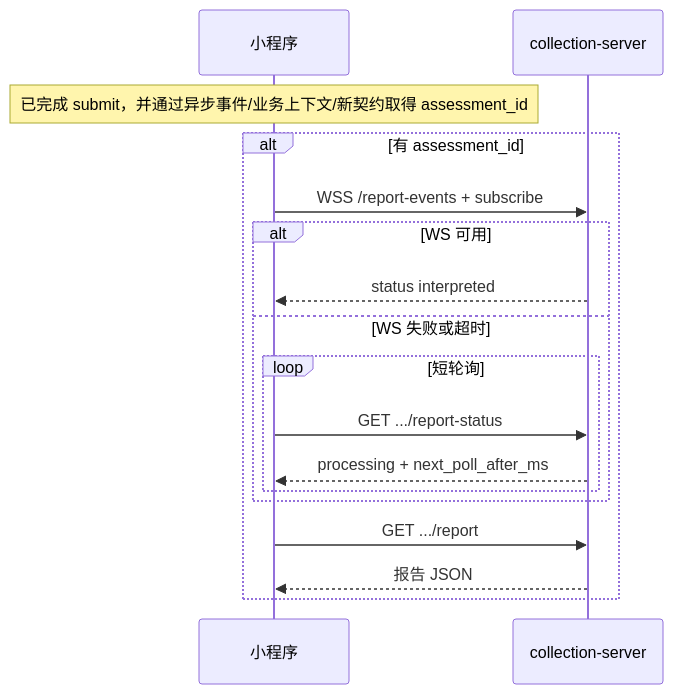
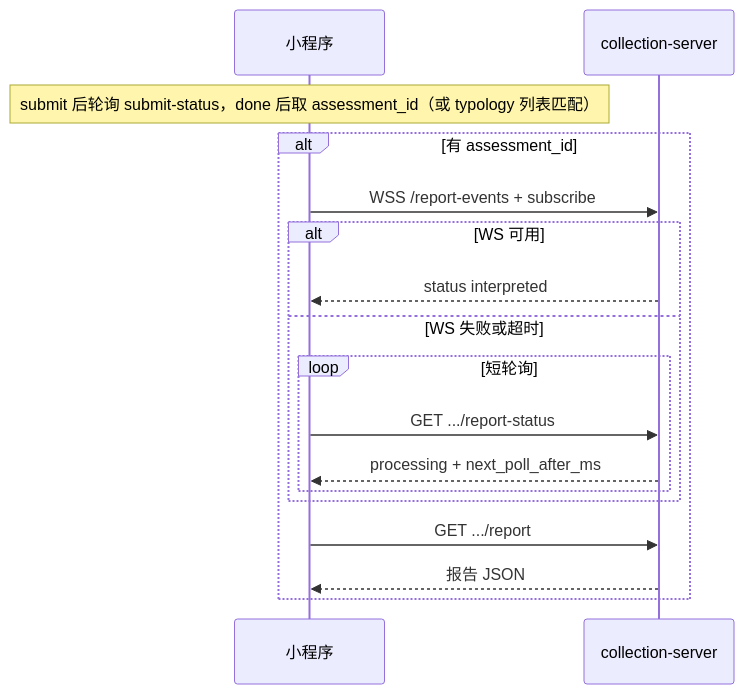
One commit to FangcunMount/qs-server changed the diagram in docs/04-接口与运维/12-小程序报告等待接入指南.md. Above: the diagram before and after it, drawn with Mermaid. The commit also changed other lines of this file and 14 other files, not shown here.

````diff
--- a/docs/04-接口与运维/12-小程序报告等待接入指南.md
+++ b/docs/04-接口与运维/12-小程序报告等待接入指南.md
@@ -253,21 +265,21 @@
 ```mermaid
 sequenceDiagram
     participant MP as 小程序
     participant CS as collection-server
 
-    Note over MP: 已完成 submit，并通过异步事件/业务上下文/新契约取得 assessment_id
+    Note over MP: submit 后轮询 submit-status，done 后取 assessment_id（或 typology 列表匹配）
 
     alt 有 assessment_id
         MP->>CS: WSS /report-events + subscribe
         alt WS 可用
             CS-->>MP: status interpreted
         else WS 失败或超时
             loop 短轮询
                 MP->>CS: GET .../report-status
                 CS-->>MP: processing + next_poll_after_ms
             end
         end
         MP->>CS: GET .../report
         CS-->>MP: 报告 JSON
     end
 ```
````
